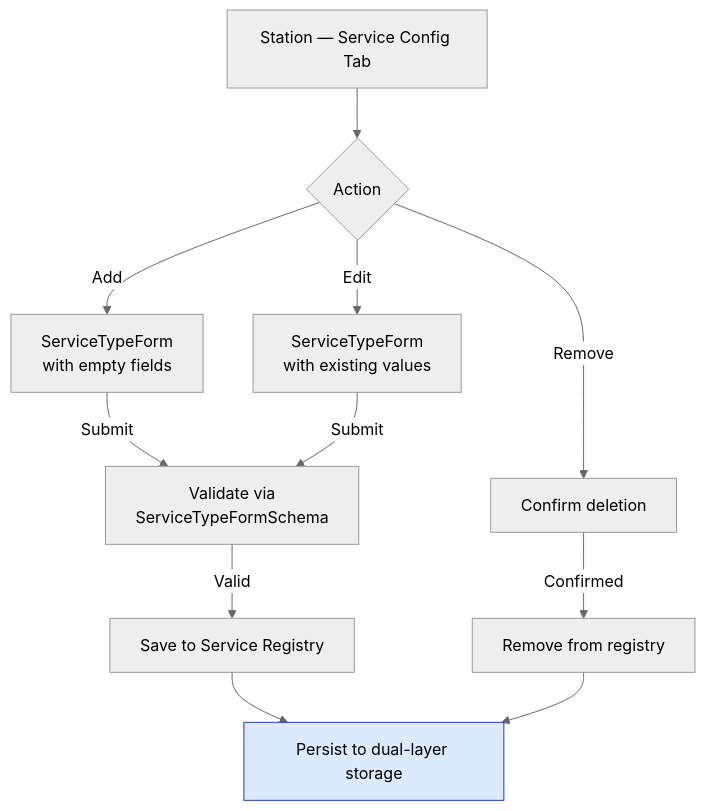
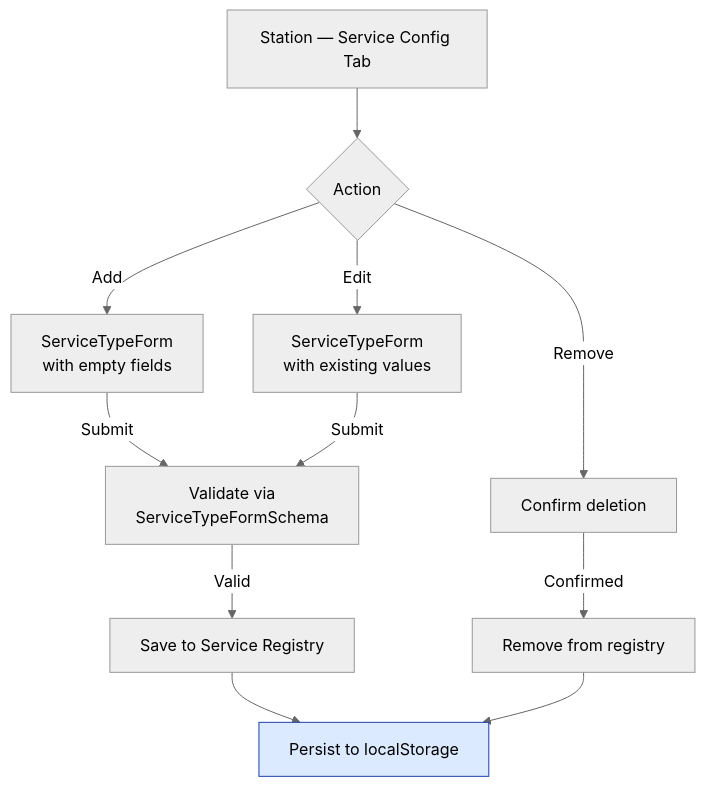
The first of 2 diagrams in docs/wiki/membership-benefit-card/03-Business-Flows/Service-Type-Configuration.md (widdestoyud/assesment-s1-2026), drawn with Mermaid (neutral theme) before and after one commit. The commit also changed other lines of this file and 23 other files, not shown here.

First line of the commit message:
chore(mbc): Update agents, specs, wiki docs, and storage architecture (#35)

````diff
--- a/docs/wiki/membership-benefit-card/03-Business-Flows/Service-Type-Configuration.md
+++ b/docs/wiki/membership-benefit-card/03-Business-Flows/Service-Type-Configuration.md
@@ -14,16 +14,16 @@
 ```mermaid
 flowchart TD
     A[Station — Service Config Tab] --> B{Action}
     B -->|Add| C[ServiceTypeForm<br/>with empty fields]
     B -->|Edit| D[ServiceTypeForm<br/>with existing values]
     B -->|Remove| E[Confirm deletion]
 
     C -->|Submit| F[Validate via<br/>ServiceTypeFormSchema]
     D -->|Submit| F
     F -->|Valid| G[Save to Service Registry]
-    G --> H[Persist to dual-layer storage]
+    G --> H[Persist to localStorage]
     E -->|Confirmed| I[Remove from registry]
     I --> H
 
     style H fill:#dbeafe,stroke:#1e40af,color:#000
 ```
````
